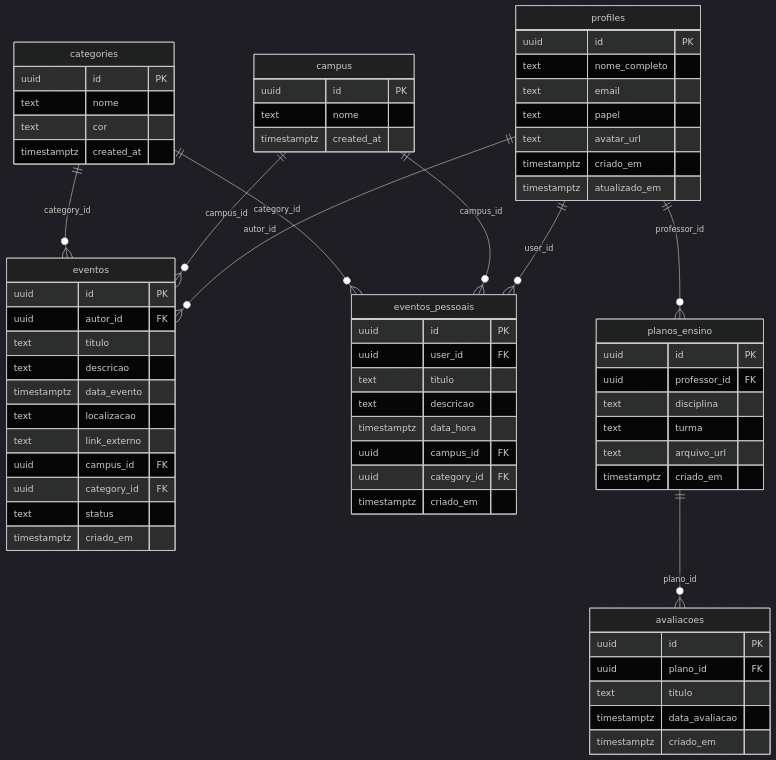
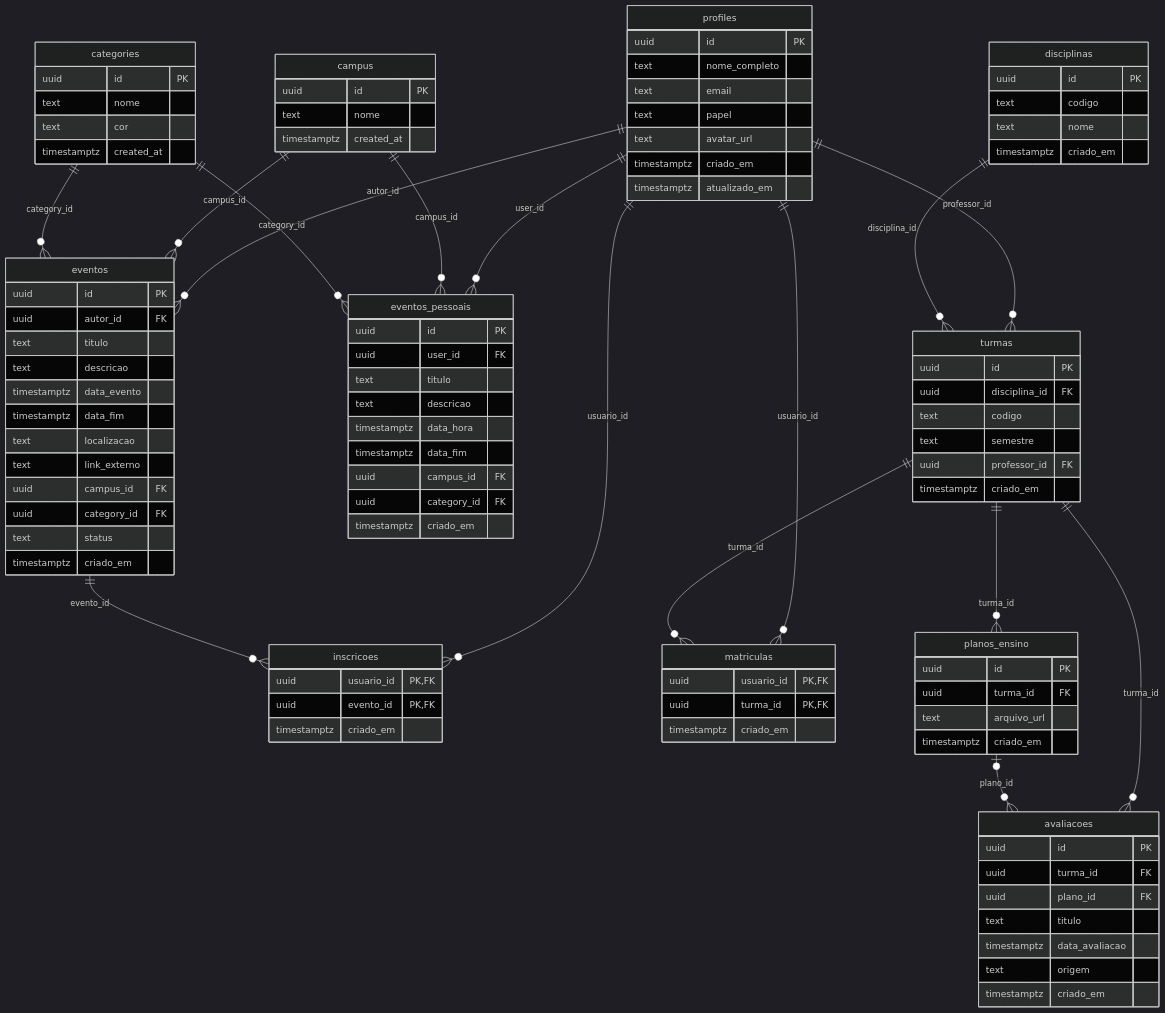
The first of 3 diagrams in docs/release-notes/v0.1.0.md (unb-mds/2026-2-AgendaUnB), drawn with Mermaid (dark theme) before and after one commit. The commit also changed other lines of this file, not shown here.

Commit message:
fix: diagrama do banco de dados

````diff
--- a/docs/release-notes/v0.1.0.md
+++ b/docs/release-notes/v0.1.0.md
@@ -186,11 +186,18 @@
         text titulo
         text descricao
         timestamptz data_evento
+        timestamptz data_fim
         text localizacao
         text link_externo
         uuid campus_id FK
         uuid category_id FK
         text status
+        timestamptz criado_em
+    }
+
+    inscricoes {
+        uuid usuario_id PK, FK
+        uuid evento_id PK, FK
         timestamptz criado_em
     }
 
@@ -200,34 +207,64 @@
         text titulo
         text descricao
         timestamptz data_hora
+        timestamptz data_fim
         uuid campus_id FK
         uuid category_id FK
         timestamptz criado_em
     }
 
+    disciplinas {
+        uuid id PK
+        text codigo
+        text nome
+        timestamptz criado_em
+    }
+
+    turmas {
+        uuid id PK
+        uuid disciplina_id FK
+        text codigo
+        text semestre
+        uuid professor_id FK
+        timestamptz criado_em
+    }
+
+    matriculas {
+        uuid usuario_id PK, FK
+        uuid turma_id PK, FK
+        timestamptz criado_em
+    }
+
     planos_ensino {
         uuid id PK
-        uuid professor_id FK
-        text disciplina
-        text turma
+        uuid turma_id FK
         text arquivo_url
         timestamptz criado_em
     }
 
     avaliacoes {
         uuid id PK
+        uuid turma_id FK
         uuid plano_id FK
         text titulo
         timestamptz data_avaliacao
+        text origem
         timestamptz criado_em
     }
 
     profiles ||--o{ eventos : "autor_id"
     profiles ||--o{ eventos_pessoais : "user_id"
-    profiles ||--o{ planos_ensino : "professor_id"
+    profiles ||--o{ inscricoes : "usuario_id"
+    profiles ||--o{ matriculas : "usuario_id"
+    profiles ||--o{ turmas : "professor_id"
     campus ||--o{ eventos : "campus_id"
     campus ||--o{ eventos_pessoais : "campus_id"
     categories ||--o{ eventos : "category_id"
     categories ||--o{ eventos_pessoais : "category_id"
-    planos_ensino ||--o{ avaliacoes : "plano_id"
+    eventos ||--o{ inscricoes : "evento_id"
+    disciplinas ||--o{ turmas : "disciplina_id"
+    turmas ||--o{ matriculas : "turma_id"
+    turmas ||--o{ planos_ensino : "turma_id"
+    turmas ||--o{ avaliacoes : "turma_id"
+    planos_ensino |o--o{ avaliacoes : "plano_id"
 ```
````
